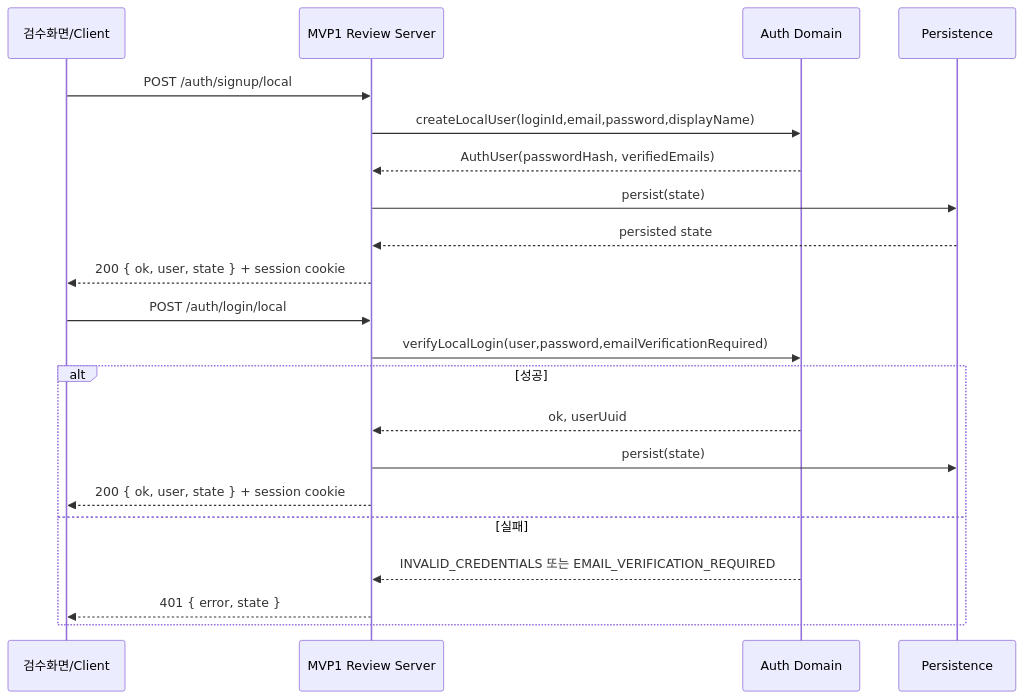
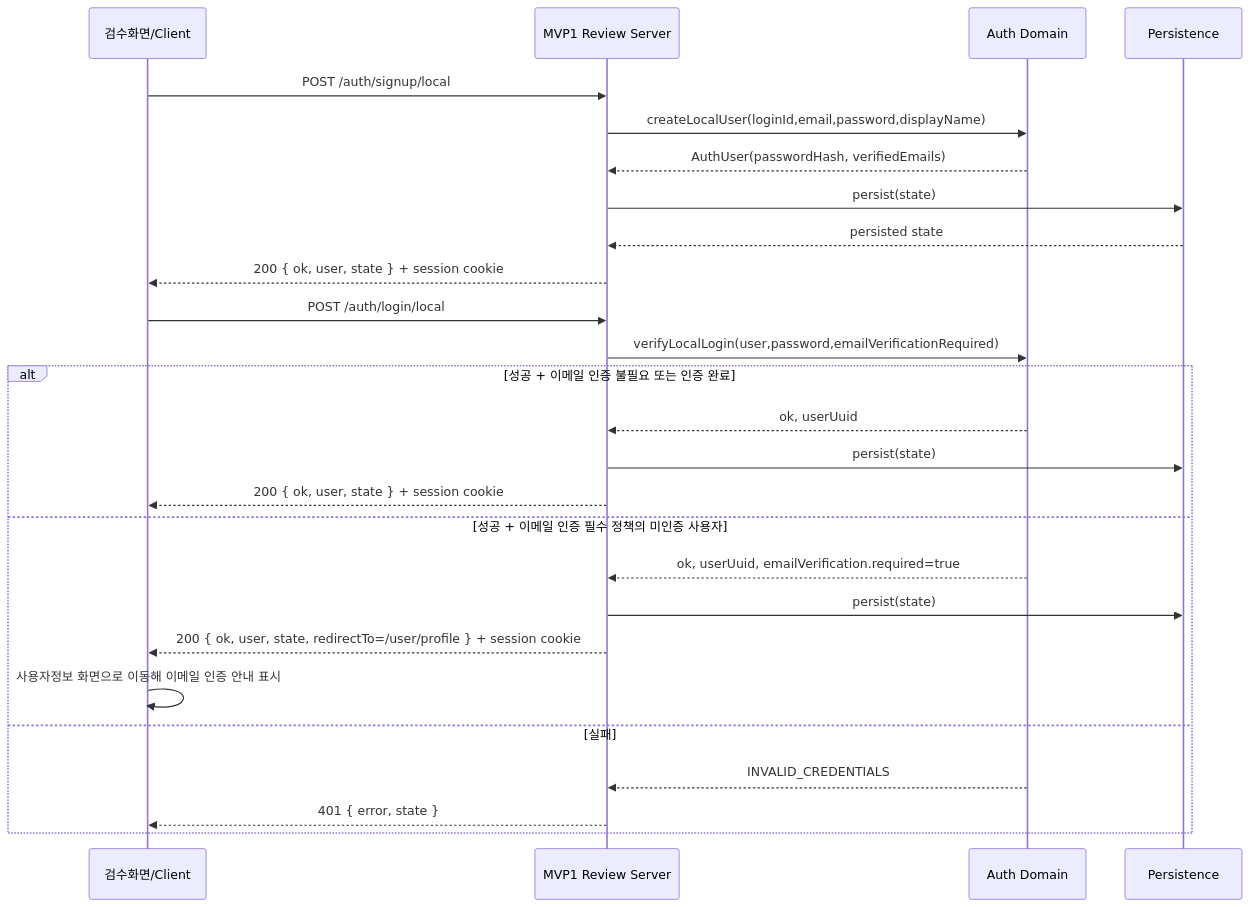
Before and after one commit to jkoogit/PDFowers: the first of 7 diagrams in docs/00_산출물/01_프로젝트산출물/mvp1중간점검/02_시퀀스다이어그램.md, drawn with Mermaid. The commit also changed other lines of this file and 19 other files, not shown here.

````diff
--- a/docs/00_산출물/01_프로젝트산출물/mvp1중간점검/02_시퀀스다이어그램.md
+++ b/docs/00_산출물/01_프로젝트산출물/mvp1중간점검/02_시퀀스다이어그램.md
@@ -5,25 +5,30 @@
 ```mermaid
 sequenceDiagram
     participant R as 검수화면/Client
     participant S as MVP1 Review Server
     participant D as Auth Domain
     participant P as Persistence
 
     R->>S: POST /auth/signup/local
     S->>D: createLocalUser(loginId,email,password,displayName)
     D-->>S: AuthUser(passwordHash, verifiedEmails)
     S->>P: persist(state)
     P-->>S: persisted state
     S-->>R: 200 { ok, user, state } + session cookie
 
     R->>S: POST /auth/login/local
     S->>D: verifyLocalLogin(user,password,emailVerificationRequired)
-    alt 성공
+    alt 성공 + 이메일 인증 불필요 또는 인증 완료
         D-->>S: ok, userUuid
         S->>P: persist(state)
         S-->>R: 200 { ok, user, state } + session cookie
+    else 성공 + 이메일 인증 필수 정책의 미인증 사용자
+        D-->>S: ok, userUuid, emailVerification.required=true
+        S->>P: persist(state)
+        S-->>R: 200 { ok, user, state, redirectTo=/user/profile } + session cookie
+        R->>R: 사용자정보 화면으로 이동해 이메일 인증 안내 표시
     else 실패
-        D-->>S: INVALID_CREDENTIALS 또는 EMAIL_VERIFICATION_REQUIRED
+        D-->>S: INVALID_CREDENTIALS
         S-->>R: 401 { error, state }
     end
 ```
````
